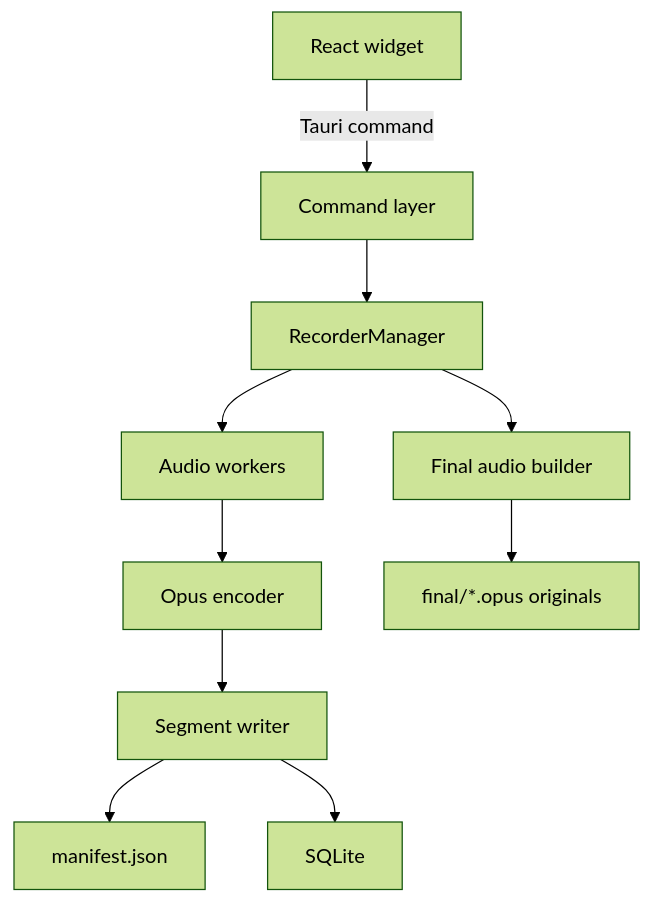
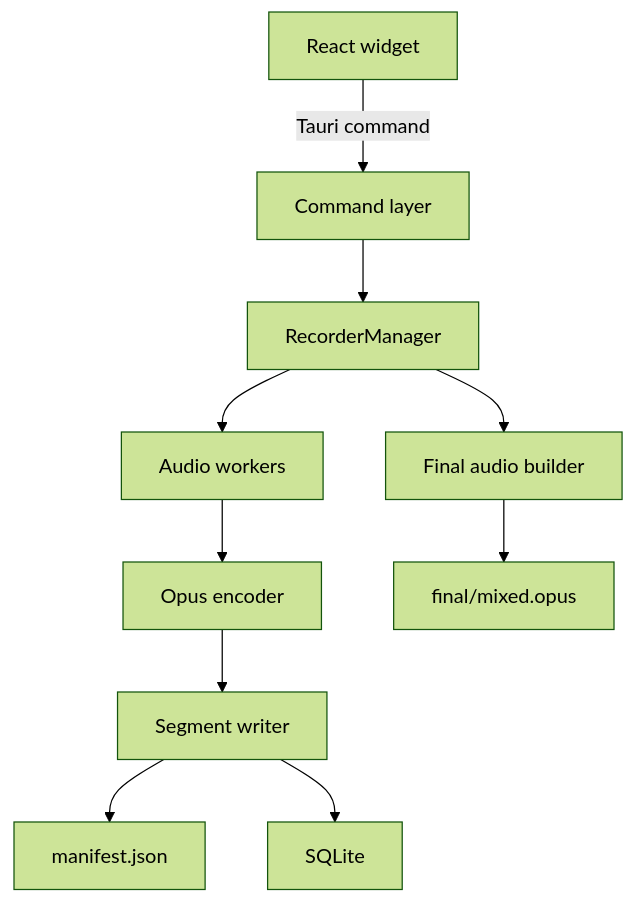
One commit to VicenteJ20/meetpulse-desktop changed the diagram in docs/architecture.md. Above: the diagram before and after it, drawn with Mermaid (forest theme). The commit also changed other lines of this file and 6 other files, not shown here.

Commit message:
feat: build mixed opus final

````diff
--- a/docs/architecture.md
+++ b/docs/architecture.md
@@ -13,12 +13,12 @@
 ```mermaid
 flowchart TD
   UI["React widget"] -->|"Tauri command"| Commands["Command layer"]
   Commands --> Manager["RecorderManager"]
   Manager --> Capture["Audio workers"]
   Capture --> Encoder["Opus encoder"]
   Encoder --> Writer["Segment writer"]
   Writer --> Manifest["manifest.json"]
   Writer --> DB["SQLite"]
   Manager --> Finalizer["Final audio builder"]
-  Finalizer --> Final["final/*.opus originals"]
+  Finalizer --> Final["final/mixed.opus"]
 ```
````
